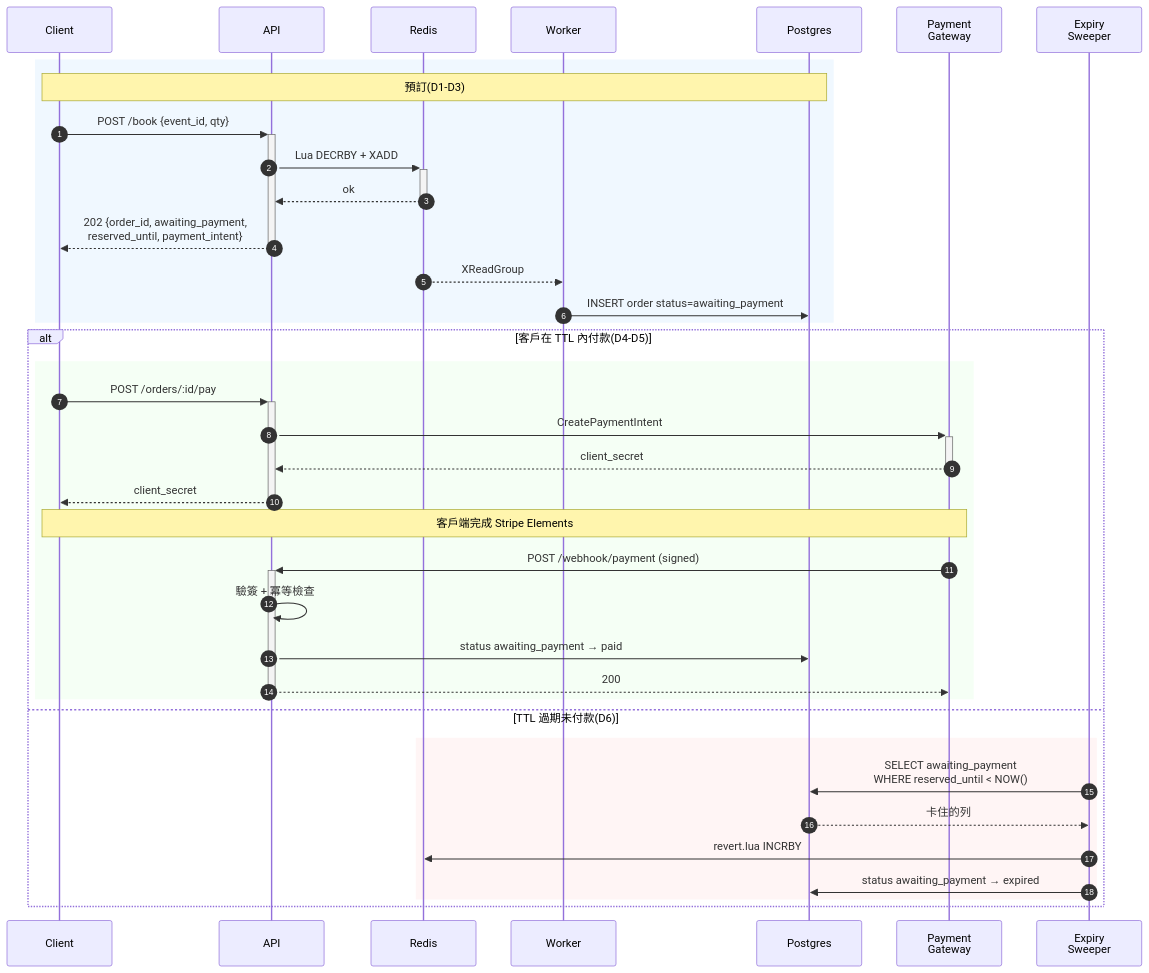
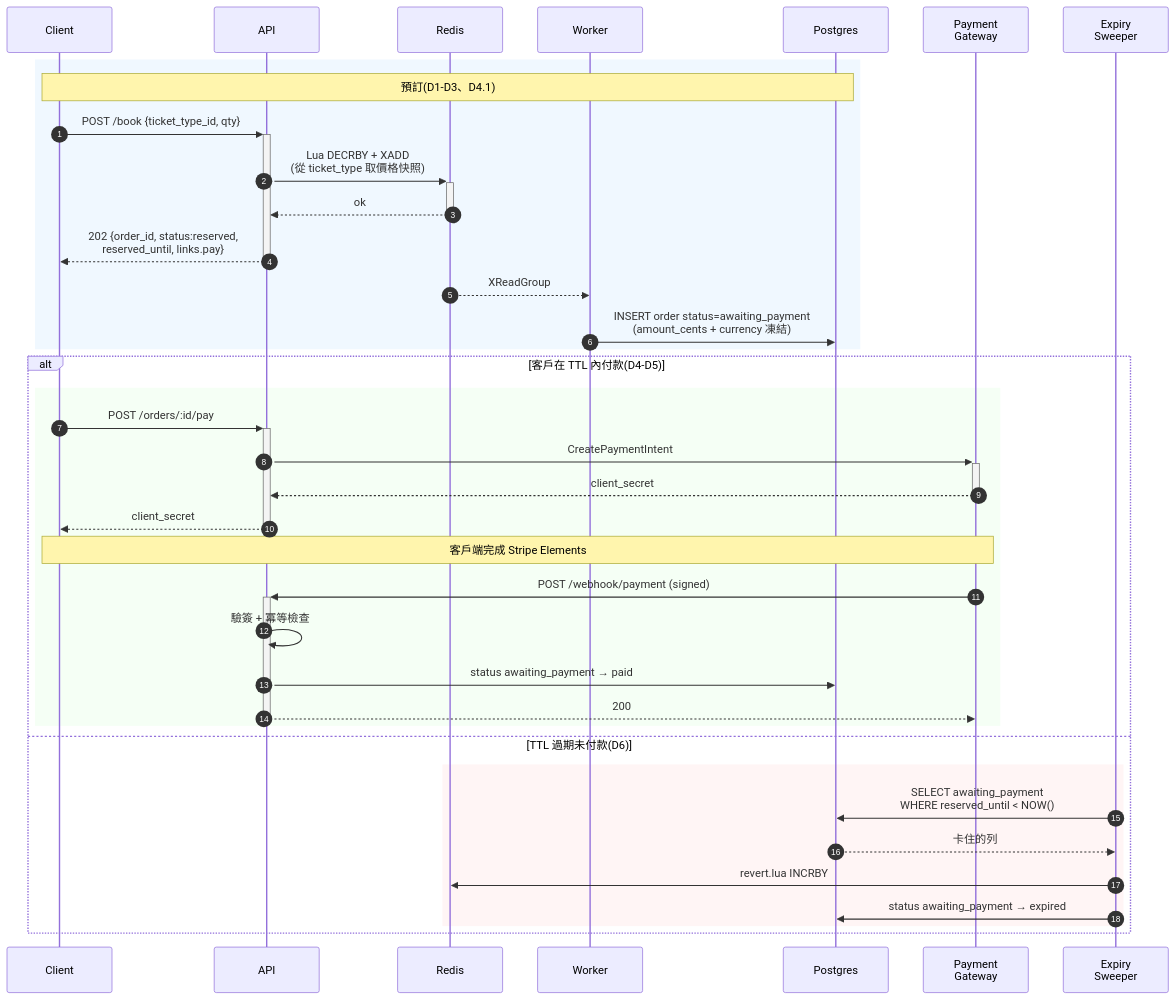
One commit to Leon180/booking_monitor changed the sixth of 6 diagrams in README.zh-TW.md. Above: the diagram before and after it, drawn with Mermaid. The commit also changed other lines of this file and 83 other files, not shown here.

First line of the commit message:
feat(D4.1): KKTIX-aligned ticket type model + price snapshot at book time (#89)

````diff
--- a/README.zh-TW.md
+++ b/README.zh-TW.md
@@ -110,42 +110,42 @@
 ```mermaid
 sequenceDiagram
     autonumber
     participant C as Client
     participant API
     participant R as Redis
     participant W as Worker
     participant P as Postgres
     participant GW as Payment<br/>Gateway
     participant SW as Expiry<br/>Sweeper
 
     rect rgb(240, 248, 255)
-    Note over C,P: 預訂(D1-D3)
-    C->>+API: POST /book {event_id, qty}
-    API->>+R: Lua DECRBY + XADD
+    Note over C,P: 預訂(D1-D3、D4.1)
+    C->>+API: POST /book {ticket_type_id, qty}
+    API->>+R: Lua DECRBY + XADD<br/>(從 ticket_type 取價格快照)
     R-->>-API: ok
-    API-->>-C: 202 {order_id, awaiting_payment,<br/>reserved_until, payment_intent}
+    API-->>-C: 202 {order_id, status:reserved,<br/>reserved_until, links.pay}
     R-->>W: XReadGroup
-    W->>P: INSERT order status=awaiting_payment
+    W->>P: INSERT order status=awaiting_payment<br/>(amount_cents + currency 凍結)
     end
 
     alt 客戶在 TTL 內付款(D4-D5)
         rect rgb(245, 255, 245)
         C->>+API: POST /orders/:id/pay
         API->>+GW: CreatePaymentIntent
         GW-->>-API: client_secret
         API-->>-C: client_secret
         Note over C,GW: 客戶端完成 Stripe Elements
         GW->>+API: POST /webhook/payment (signed)
         API->>API: 驗簽 + 冪等檢查
         API->>P: status awaiting_payment → paid
         API-->>-GW: 200
         end
     else TTL 過期未付款(D6)
         rect rgb(255, 245, 245)
         SW->>P: SELECT awaiting_payment<br/>WHERE reserved_until < NOW()
         P-->>SW: 卡住的列
         SW->>R: revert.lua INCRBY
         SW->>P: status awaiting_payment → expired
         end
     end
 ```
````
